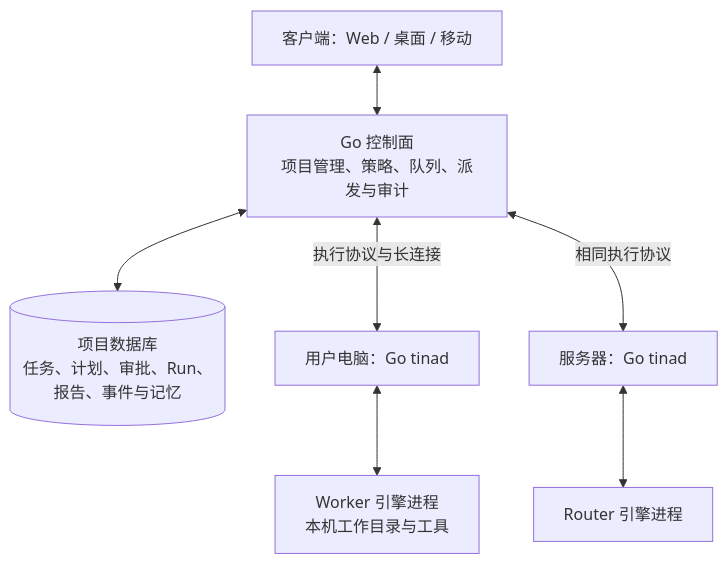
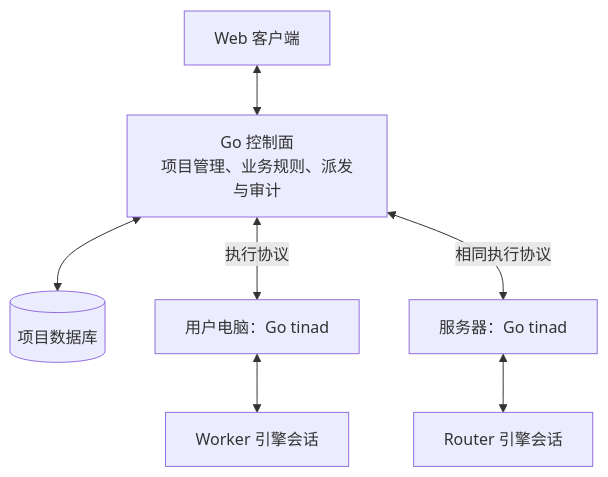
Before and after one commit to Cosss7/tina: the diagram in docs/architecture.md, drawn with Mermaid. The commit also changed other lines of this file and 7 other files, not shown here.

````diff
--- a/docs/architecture.md
+++ b/docs/architecture.md
@@ -11,9 +9,9 @@
 ```mermaid
 flowchart TB
-  UI["客户端：Web / 桌面 / 移动"] <--> CP["Go 控制面<br/>项目管理、策略、队列、派发与审计"]
-  CP <--> DB[("项目数据库<br/>任务、计划、审批、Run、报告、事件与记忆")]
-  CP <-->|"执行协议与长连接"| LOCAL["用户电脑：Go tinad"]
+  UI["Web 客户端"] <--> CP["Go 控制面<br/>项目管理、业务规则、派发与审计"]
+  CP <--> DB[("项目数据库")]
+  CP <-->|"执行协议"| LOCAL["用户电脑：Go tinad"]
   CP <-->|"相同执行协议"| SERVER["服务器：Go tinad"]
-  LOCAL <--> W["Worker 引擎进程<br/>本机工作目录与工具"]
-  SERVER <--> R["Router 引擎进程"]
+  LOCAL <--> W["Worker 引擎会话"]
+  SERVER <--> R["Router 引擎会话"]
 ```
````
